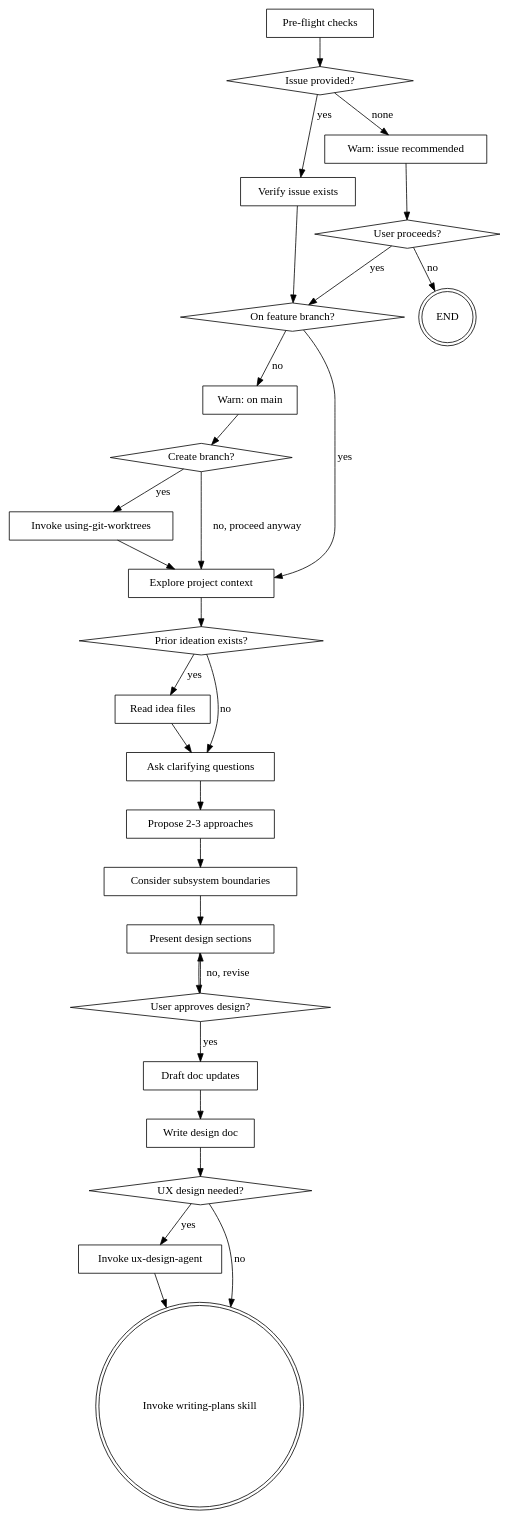
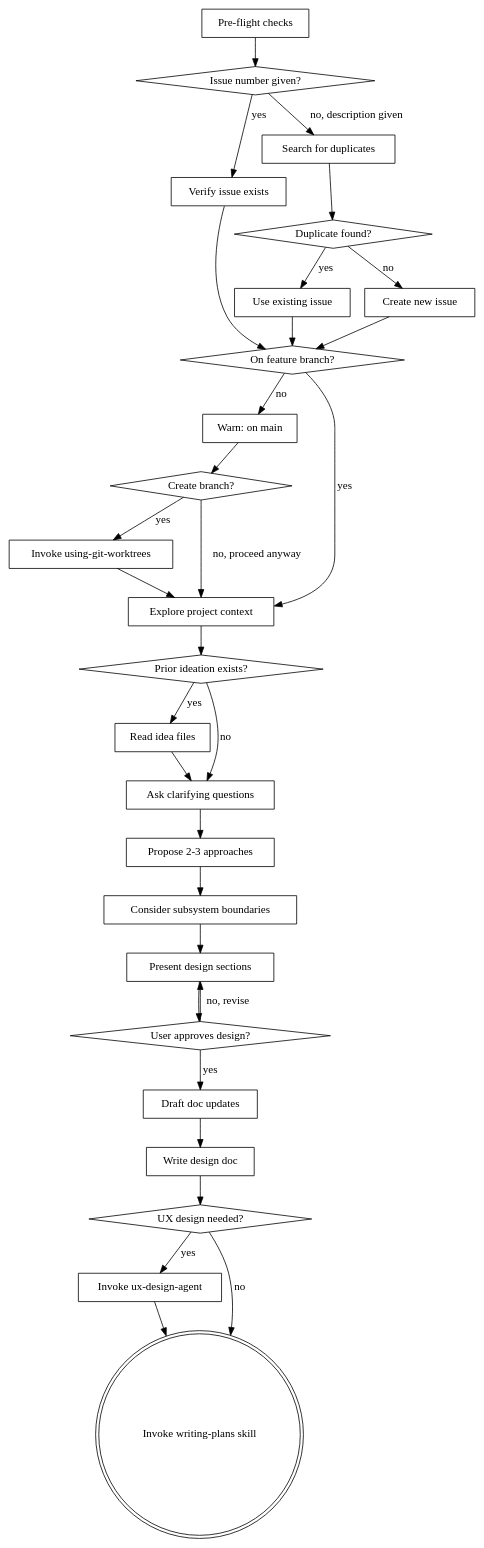
One commit to stvhay/my-claude-plugins changed the diagram in plugins/dev-workflow-toolkit/skills/brainstorming/SKILL.md. Above: the diagram before and after it, drawn with Graphviz. The commit also changed other lines of this file, not shown here.

First line of the commit message:
feat(brainstorming): auto-create issues with duplicate search

````diff
--- a/plugins/dev-workflow-toolkit/skills/brainstorming/SKILL.md
+++ b/plugins/dev-workflow-toolkit/skills/brainstorming/SKILL.md
@@ -66,62 +76,65 @@
 ```dot
 digraph brainstorming {
-    // Pre-flight: issue check
+    // Pre-flight: issue check (auto-create)
     "Pre-flight checks" [shape=box];
-    "Issue provided?" [shape=diamond];
+    "Issue number given?" [shape=diamond];
     "Verify issue exists" [shape=box];
-    "Warn: issue recommended" [shape=box];
-    "User proceeds?" [shape=diamond];
-    "END" [shape=doublecircle];
-    "Pre-flight checks" -> "Issue provided?";
-    "Issue provided?" -> "Verify issue exists" [label="yes"];
-    "Issue provided?" -> "Warn: issue recommended" [label="none"];
+    "Search for duplicates" [shape=box];
+    "Duplicate found?" [shape=diamond];
+    "Use existing issue" [shape=box];
+    "Create new issue" [shape=box];
+    "Pre-flight checks" -> "Issue number given?";
+    "Issue number given?" -> "Verify issue exists" [label="yes"];
+    "Issue number given?" -> "Search for duplicates" [label="no, description given"];
     "Verify issue exists" -> "On feature branch?";
-    "Warn: issue recommended" -> "User proceeds?";
-    "User proceeds?" -> "On feature branch?" [label="yes"];
-    "User proceeds?" -> "END" [label="no"];
+    "Search for duplicates" -> "Duplicate found?";
+    "Duplicate found?" -> "Use existing issue" [label="yes"];
+    "Duplicate found?" -> "Create new issue" [label="no"];
+    "Use existing issue" -> "On feature branch?";
+    "Create new issue" -> "On feature branch?";
 
     // Pre-flight: branch check
     "On feature branch?" [shape=diamond];
     "Warn: on main" [shape=box];
     "Create branch?" [shape=diamond];
     "Invoke using-git-worktrees" [shape=box];
     "On feature branch?" -> "Explore project context" [label="yes"];
     "On feature branch?" -> "Warn: on main" [label="no"];
     "Warn: on main" -> "Create branch?";
     "Create branch?" -> "Invoke using-git-worktrees" [label="yes"];
     "Create branch?" -> "Explore project context" [label="no, proceed anyway"];
     "Invoke using-git-worktrees" -> "Explore project context";
 
     // Discovery and design
     "Explore project context" [shape=box];
     "Prior ideation exists?" [shape=diamond];
     "Read idea files" [shape=box];
     "Ask clarifying questions" [shape=box];
     "Propose 2-3 approaches" [shape=box];
     "Consider subsystem boundaries" [shape=box];
     "Present design sections" [shape=box];
     "User approves design?" [shape=diamond];
     "Explore project context" -> "Prior ideation exists?";
     "Prior ideation exists?" -> "Read idea files" [label="yes"];
     "Prior ideation exists?" -> "Ask clarifying questions" [label="no"];
     "Read idea files" -> "Ask clarifying questions";
     "Ask clarifying questions" -> "Propose 2-3 approaches";
     "Propose 2-3 approaches" -> "Consider subsystem boundaries";
     "Consider subsystem boundaries" -> "Present design sections";
     "Present design sections" -> "User approves design?";
     "User approves design?" -> "Present design sections" [label="no, revise"];
 
     // Finalization
     "Draft doc updates" [shape=box];
     "Write design doc" [shape=box];
     "UX design needed?" [shape=diamond];
     "Invoke ux-design-agent" [shape=box];
     "Invoke writing-plans skill" [shape=doublecircle];
     "User approves design?" -> "Draft doc updates" [label="yes"];
     "Draft doc updates" -> "Write design doc";
     "Write design doc" -> "UX design needed?";
     "UX design needed?" -> "Invoke ux-design-agent" [label="yes"];
     "UX design needed?" -> "Invoke writing-plans skill" [label="no"];
     "Invoke ux-design-agent" -> "Invoke writing-plans skill";
 }
 ```
````
